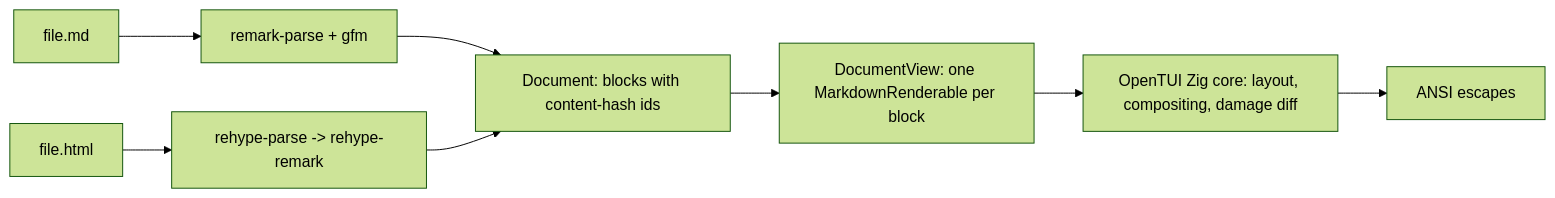
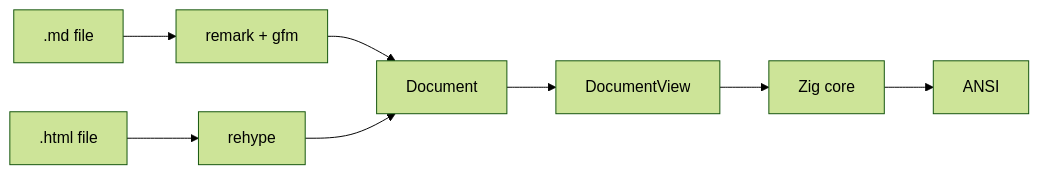
One commit to harivansh-afk/sim changed the first of 2 diagrams in docs/architecture.md. Above: the diagram before and after it, drawn with Mermaid (forest theme). The commit also changed other lines of this file and 6 other files, not shown here.

First line of the commit message:
Native mermaid flowchart rendering; notion artifacts fixture

````diff
--- a/docs/architecture.md
+++ b/docs/architecture.md
@@ -12,10 +12,10 @@
 ```mermaid
 flowchart LR
-    MD[file.md] --> RA[remark-parse + gfm]
-    HTML[file.html] --> RB[rehype-parse -> rehype-remark]
-    RA --> DOC[Document: blocks with content-hash ids]
+    MD[.md file] --> RA[remark + gfm]
+    HTML[.html file] --> RB[rehype]
+    RA --> DOC[Document]
     RB --> DOC
-    DOC --> VIEW[DocumentView: one MarkdownRenderable per block]
-    VIEW --> ZIG[OpenTUI Zig core: layout, compositing, damage diff]
-    ZIG --> TTY[ANSI escapes]
+    DOC --> VIEW[DocumentView]
+    VIEW --> ZIG[Zig core]
+    ZIG --> TTY[ANSI]
 ```
````
